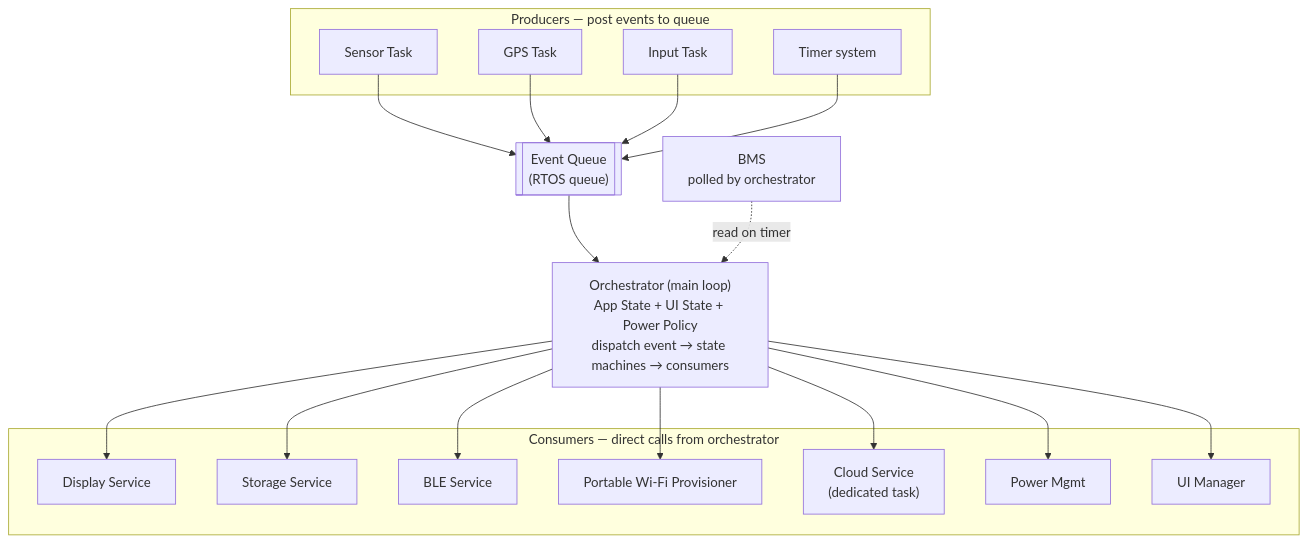
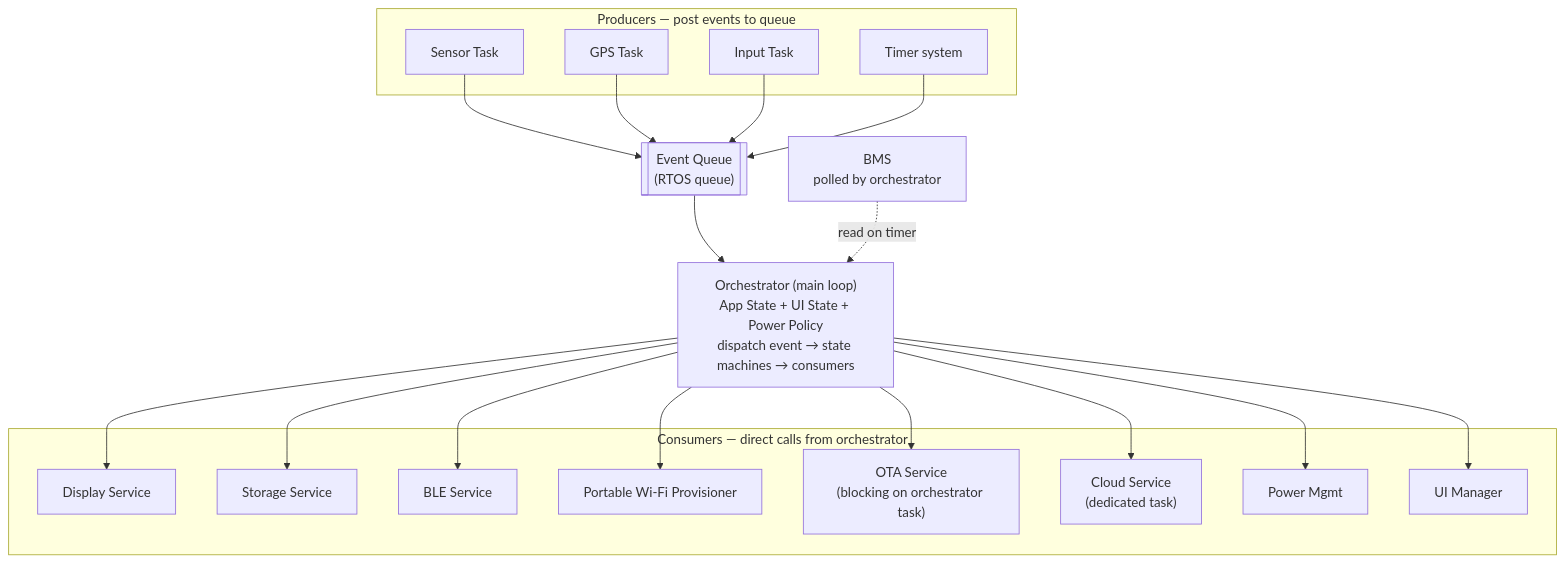
One commit to mattMRBH/firmware-core changed the second of 5 diagrams in products/go/ARCHITECTURE.md. Above: the diagram before and after it, drawn with Mermaid. The commit also changed other lines of this file and 8 other files, not shown here.

First line of the commit message:
docs(ota): document OTA service and integration

````diff
--- a/products/go/ARCHITECTURE.md
+++ b/products/go/ARCHITECTURE.md
@@ -96,39 +101,41 @@
 ```mermaid
 flowchart TD
     subgraph Producers ["Producers — post events to queue"]
         Sensor["Sensor Task"]
         GPS["GPS Task"]
         Input["Input Task"]
         Timer["Timer system"]
     end
 
     Queue[["Event Queue<br/>(RTOS queue)"]]
 
     Orch["Orchestrator (main loop)<br/>App State + UI State + Power Policy<br/>dispatch event → state machines → consumers"]
 
     BMS["BMS<br/>polled by orchestrator"]
 
     subgraph Consumers ["Consumers — direct calls from orchestrator"]
         Display["Display Service"]
         Storage["Storage Service"]
         BLE["BLE Service"]
         PortableProv["Portable Wi-Fi Provisioner"]
+        Ota["OTA Service<br/>(blocking on orchestrator task)"]
         Cloud["Cloud Service<br/>(dedicated task)"]
         PowerMgmt["Power Mgmt"]
         UI["UI Manager"]
     end
 
     Sensor --> Queue
     GPS --> Queue
     Input --> Queue
     Timer --> Queue
     Queue --> Orch
     BMS -.->|read on timer| Orch
     Orch --> Display
     Orch --> Storage
     Orch --> BLE
     Orch --> PortableProv
+    Orch --> Ota
     Orch --> Cloud
     Orch --> PowerMgmt
     Orch --> UI
 ```
````
